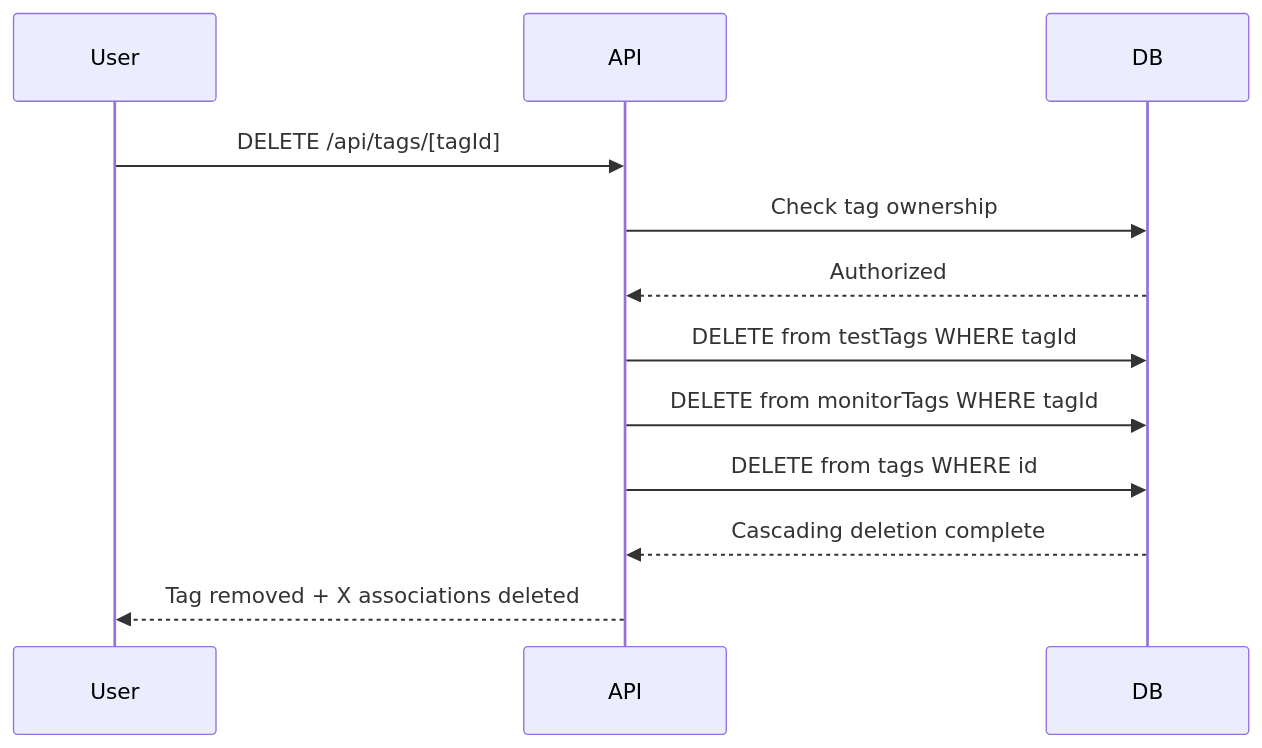
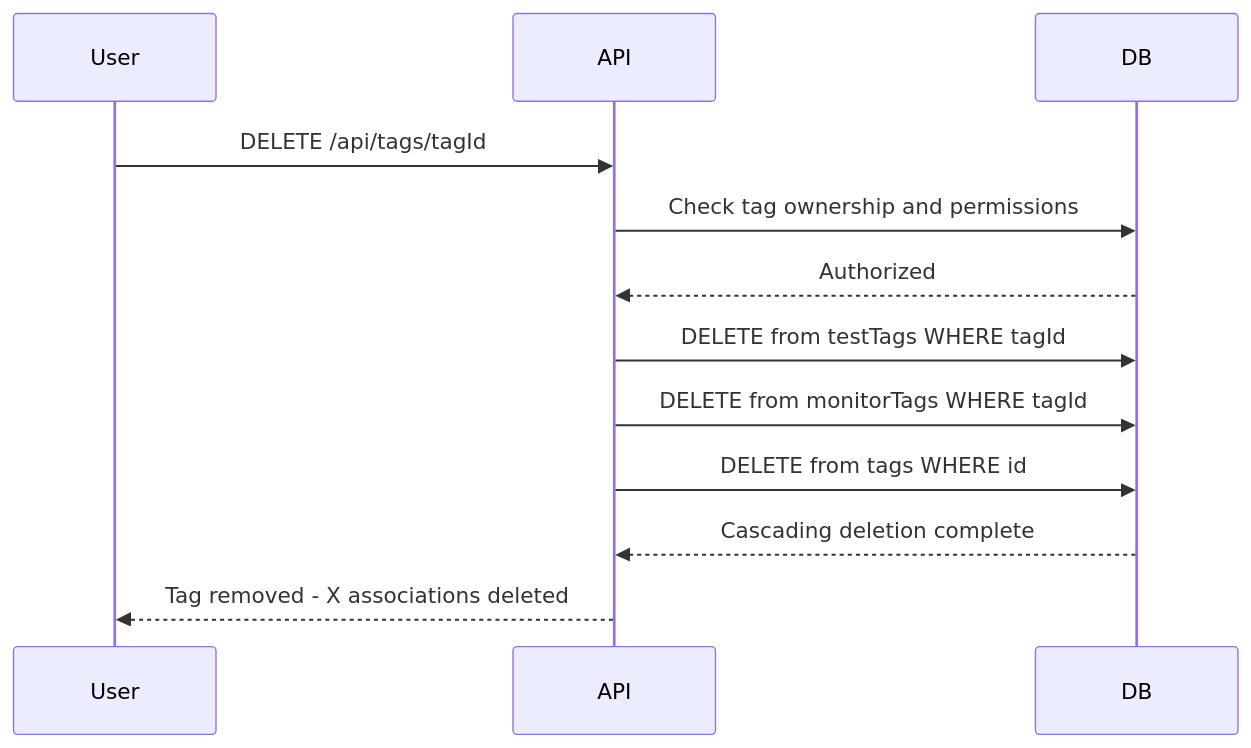
Before and after one commit to supercheck-io/supercheck: the tenth of 12 diagrams in specs/05-features/tag-system.md, drawn with Mermaid. The commit also changed other lines of this file, not shown here.

First line of the commit message:
Fix tag-system.md: correct Mermaid syntax and clarify user-defined colors

````diff
--- a/specs/05-features/tag-system.md
+++ b/specs/05-features/tag-system.md
@@ -293,17 +297,17 @@
 ```mermaid
 sequenceDiagram
     participant User
     participant API
     participant DB
 
-    User->>API: DELETE /api/tags/[tagId]
-    API->>DB: Check tag ownership
+    User->>API: DELETE /api/tags/tagId
+    API->>DB: Check tag ownership and permissions
     DB-->>API: Authorized
 
     API->>DB: DELETE from testTags WHERE tagId
     API->>DB: DELETE from monitorTags WHERE tagId
     API->>DB: DELETE from tags WHERE id
 
     DB-->>API: Cascading deletion complete
-    API-->>User: Tag removed + X associations deleted
+    API-->>User: Tag removed - X associations deleted
 ```
````
